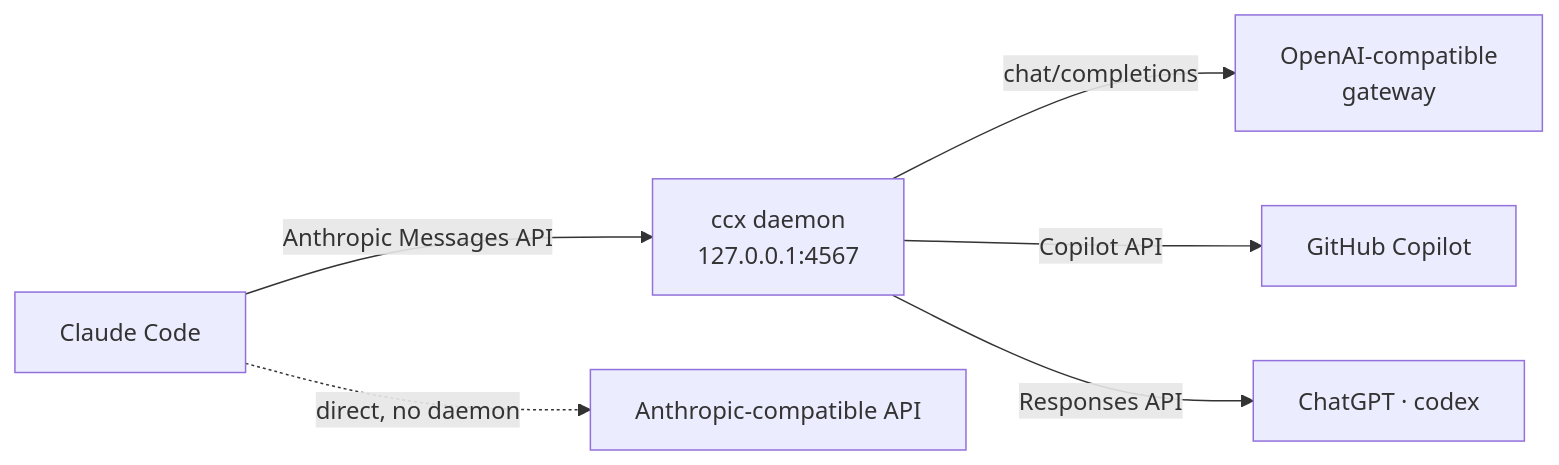
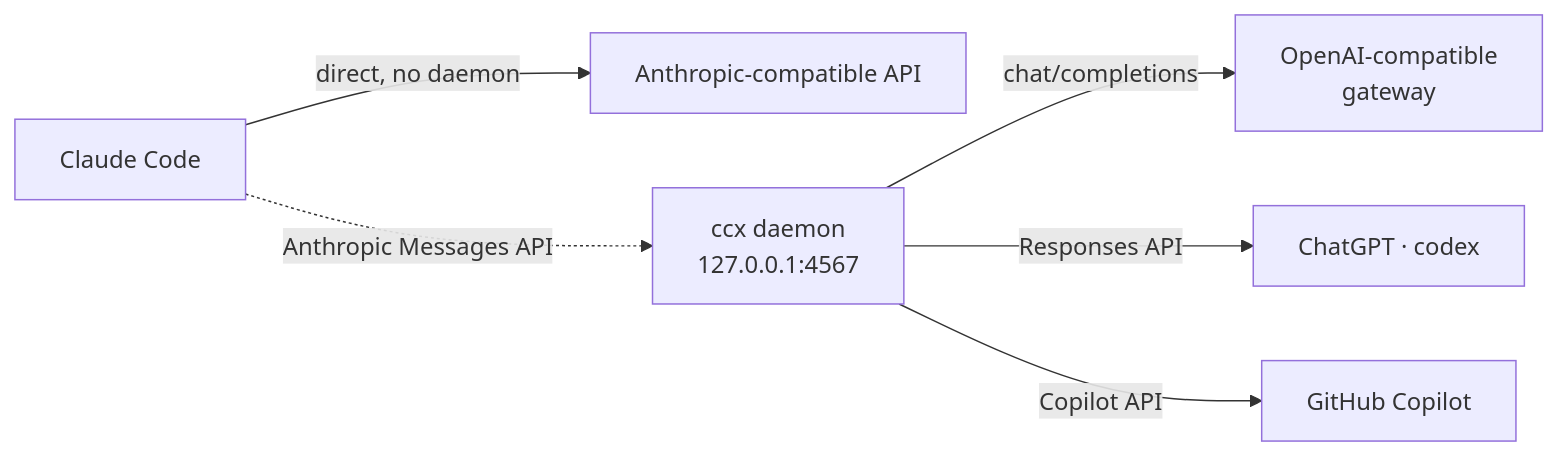
Before and after one commit to ivangurin/ccx: the diagram in README.md, drawn with Mermaid.

````diff
--- a/README.md
+++ b/README.md
@@ -250,8 +250,9 @@
 ```mermaid
 flowchart LR
-    CC["Claude Code"] -->|"Anthropic Messages API"| D["ccx daemon<br>127.0.0.1:4567"]
+    CC["Claude Code"] -->|"direct, no daemon"| A["Anthropic-compatible API"]
+    CC -.->|"Anthropic Messages API"| D["ccx daemon<br>127.0.0.1:4567"]
     D -->|"chat/completions"| O["OpenAI-compatible<br>gateway"]
+    D -->|"Responses API"| X["ChatGPT · codex"]
     D -->|"Copilot API"| C["GitHub Copilot"]
-    D -->|"Responses API"| X["ChatGPT · codex"]
-    CC -.->|"direct, no daemon"| A["Anthropic-compatible API"]
+    
 ```
````
